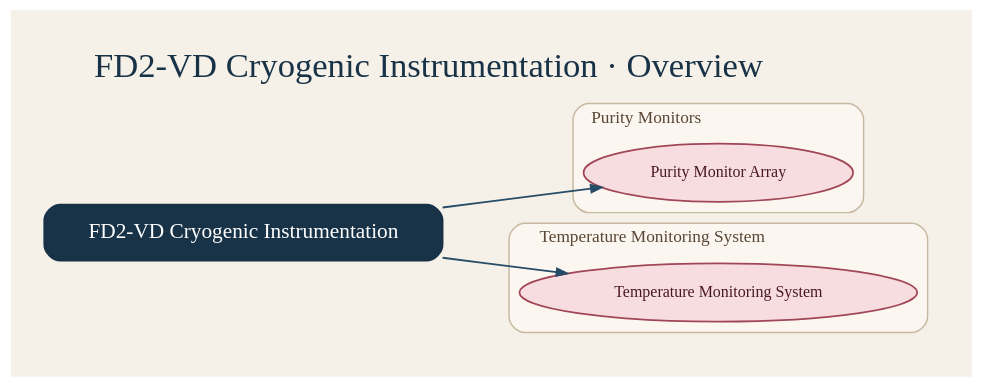
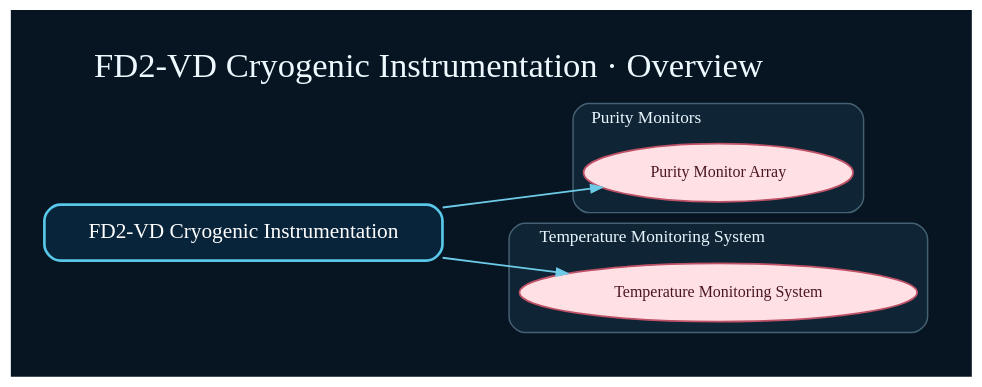
The diagram in docs/dot/fd2_vd_ci_overview.dot (marroyav/hardware-database), drawn with Graphviz before and after one commit. The commit also changed 93 other files, not shown here.

```diff
--- a/docs/dot/fd2_vd_ci_overview.dot
+++ b/docs/dot/fd2_vd_ci_overview.dot
@@ -1,56 +1,56 @@
 digraph HardwareModel {
   graph [
     rankdir=LR,
     splines=true,
     overlap=false,
     newrank=true,
     compound=true,
-    bgcolor="#f6f1e8",
+    bgcolor="#071421",
     pad="0.35",
     nodesep="0.45",
     ranksep="0.8",
     label="FD2-VD Cryogenic Instrumentation · Overview",
     labelloc="t",
     labeljust="l",
-    fontname="Iowan Old Style",
+    fontname="Avenir Next",
     fontsize=26,
-    fontcolor="#183247"
+    fontcolor="#edf8ff"
   ];
   node [fontname="Avenir Next", fontsize=12, margin="0.18,0.12", penwidth=1.3];
-  edge [fontname="Avenir Next", fontsize=10, arrowsize=0.8, penwidth=1.2, color="#33536a", fontcolor="#33536a"];
+  edge [fontname="Avenir Next", fontsize=10, arrowsize=0.8, penwidth=1.2, color="#6ecbe8", fontcolor="#bdefff"];
 
-  fd2_vd_ci [label="FD2-VD Cryogenic Instrumentation", fontname="Avenir Next", URL="../explorer.html#object=fd2_vd_ci", target="_top", tooltip="Open FD2-VD Cryogenic Instrumentation in the interactive explorer", shape="box", style="rounded,filled", fillcolor="#183247", color="#183247", fontcolor="#ffffff", fontsize="16", margin="0.24,0.16", penwidth="1.5"];
+  fd2_vd_ci [label="FD2-VD Cryogenic Instrumentation", fontname="Avenir Next", URL="../explorer.html#object=fd2_vd_ci", target="_top", tooltip="Open FD2-VD Cryogenic Instrumentation in the interactive explorer", shape="box", style="rounded,filled", fillcolor="#08243a", color="#58c7e8", fontcolor="#ffffff", fontsize="16", margin="0.24,0.16", penwidth="2.0"];
 
   subgraph cluster_fd2_vd_ci_purity_monitors {
     label="Purity Monitors";
     style="rounded,filled";
-    color="#c7b8a1";
-    fillcolor="#fbf7f0";
+    color="#456174";
+    fillcolor="#0f2434";
     penwidth=1.1;
     fontname="Avenir Next";
     fontsize=13;
-    fontcolor="#5a4634";
+    fontcolor="#e8f7ff";
     URL="../explorer.html#object=fd2_vd_ci.purity_monitors";
     target="_top";
     tooltip="Open Purity Monitors in the interactive explorer";
-    fd2_vd_ci_prm_array [label="Purity Monitor Array", fontname="Avenir Next", URL="../explorer.html#object=fd2_vd_ci.prm_array", target="_top", tooltip="Open Purity Monitor Array in the interactive explorer", shape="ellipse", style="filled", fillcolor="#f7dde0", color="#a14656", fontcolor="#4a1823"];
+    fd2_vd_ci_prm_array [label="Purity Monitor Array", fontname="Avenir Next", URL="../explorer.html#object=fd2_vd_ci.prm_array", target="_top", tooltip="Open Purity Monitor Array in the interactive explorer", shape="ellipse", style="filled", fillcolor="#ffe0e4", color="#bf5267", fontcolor="#4b1622"];
   }
 
   subgraph cluster_fd2_vd_ci_tms {
     label="Temperature Monitoring System";
     style="rounded,filled";
-    color="#c7b8a1";
-    fillcolor="#fbf7f0";
+    color="#456174";
+    fillcolor="#0f2434";
     penwidth=1.1;
     fontname="Avenir Next";
     fontsize=13;
-    fontcolor="#5a4634";
+    fontcolor="#e8f7ff";
     URL="../explorer.html#object=fd2_vd_ci.tms";
     target="_top";
     tooltip="Open Temperature Monitoring System in the interactive explorer";
-    fd2_vd_ci_temperature_monitoring_system [label="Temperature Monitoring System", fontname="Avenir Next", URL="../explorer.html#object=fd2_vd_ci.temperature_monitoring_system", target="_top", tooltip="Open Temperature Monitoring System in the interactive explorer", shape="ellipse", style="filled", fillcolor="#f7dde0", color="#a14656", fontcolor="#4a1823"];
+    fd2_vd_ci_temperature_monitoring_system [label="Temperature Monitoring System", fontname="Avenir Next", URL="../explorer.html#object=fd2_vd_ci.temperature_monitoring_system", target="_top", tooltip="Open Temperature Monitoring System in the interactive explorer", shape="ellipse", style="filled", fillcolor="#ffe0e4", color="#bf5267", fontcolor="#4b1622"];
   }
 
-  fd2_vd_ci -> fd2_vd_ci_temperature_monitoring_system [URL="../explorer.html#object=relation%3A1", target="_top", tooltip="Open contains relation in the interactive explorer", color="#274c67", fontcolor="#274c67", penwidth="1.4"];
-  fd2_vd_ci -> fd2_vd_ci_prm_array [URL="../explorer.html#object=relation%3A2", target="_top", tooltip="Open contains relation in the interactive explorer", color="#274c67", fontcolor="#274c67", penwidth="1.4"];
+  fd2_vd_ci -> fd2_vd_ci_temperature_monitoring_system [URL="../explorer.html#object=relation%3A1", target="_top", tooltip="Open contains relation in the interactive explorer", color="#6ecbe8", fontcolor="#bdefff", penwidth="1.4"];
+  fd2_vd_ci -> fd2_vd_ci_prm_array [URL="../explorer.html#object=relation%3A2", target="_top", tooltip="Open contains relation in the interactive explorer", color="#6ecbe8", fontcolor="#bdefff", penwidth="1.4"];
 }
```
